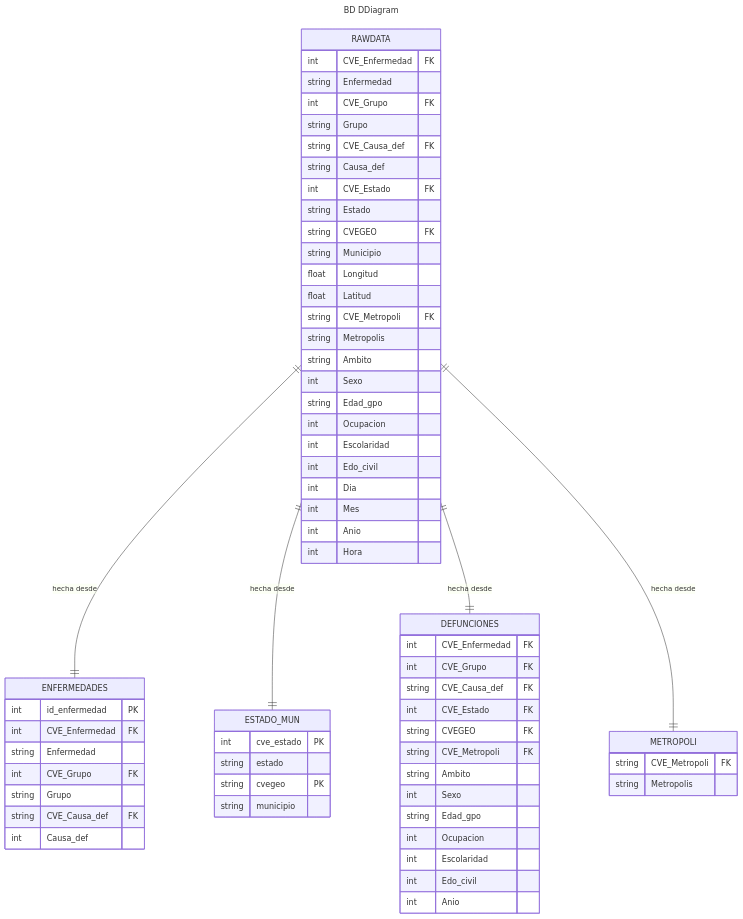
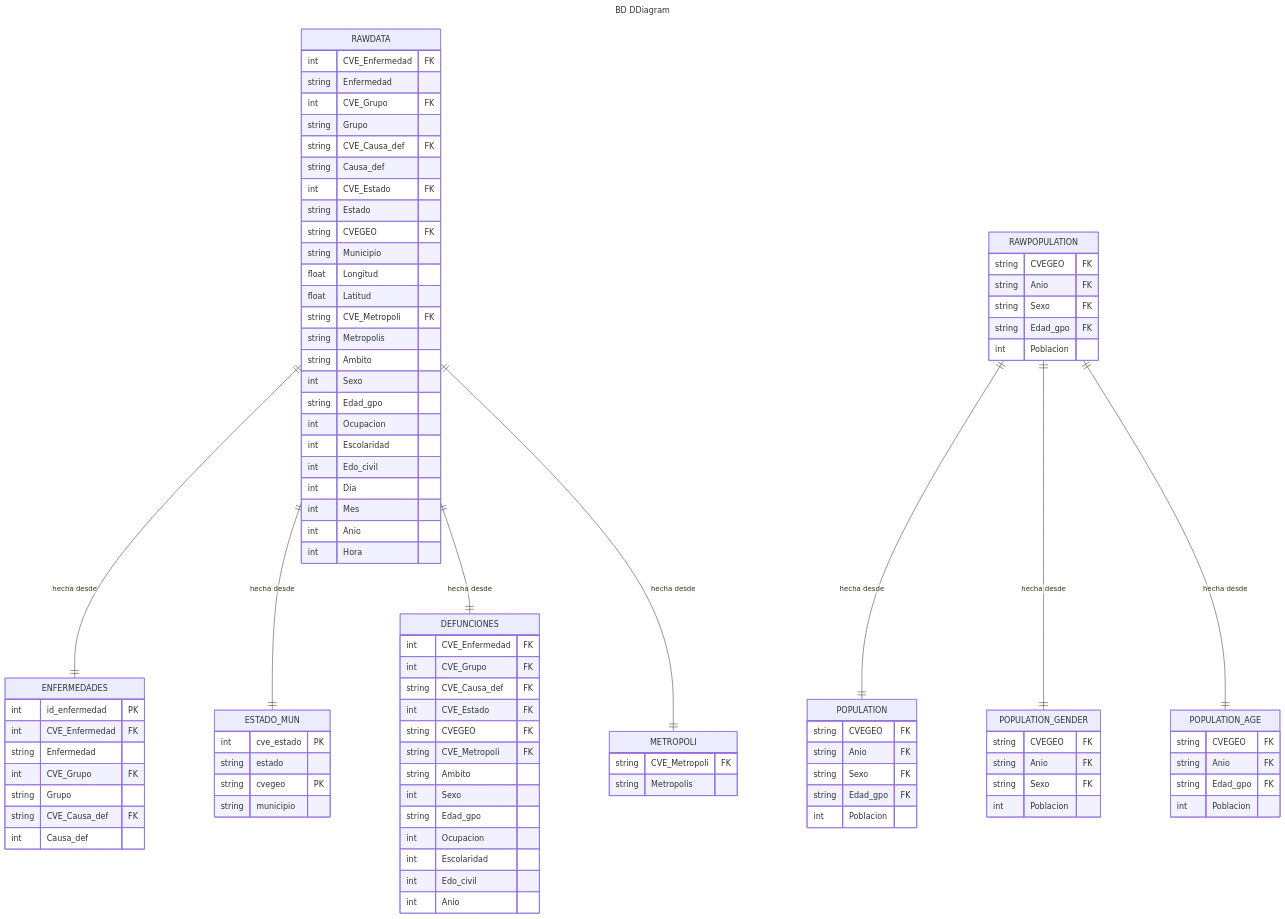
The diagram in README.md (chilam-lab/epispecies_back-2.0), drawn with Mermaid before and after one commit.

Commit message:
Update README.md with POPULATION tables

````diff
--- a/README.md
+++ b/README.md
@@ -90,4 +90,39 @@
 RAWDATA ||--|| DEFUNCIONES: "hecha desde"
 RAWDATA ||--|| METROPOLI: "hecha desde"
 
+RAWPOPULATION {
+    string CVEGEO FK
+    string Anio FK
+    string Sexo FK
+    string Edad_gpo FK
+    int Poblacion 
+}
+
+POPULATION {
+    string CVEGEO FK
+    string Anio FK
+    string Sexo FK
+    string Edad_gpo FK
+    int Poblacion 
+}
+
+POPULATION_AGE {
+    string CVEGEO FK
+    string Anio FK
+    string Edad_gpo FK
+    int Poblacion 
+}
+
+POPULATION_GENDER {
+    string CVEGEO FK
+    string Anio FK
+    string Sexo FK
+    int Poblacion 
+}
+
+
+RAWPOPULATION ||--|| POPULATION: "hecha desde"
+RAWPOPULATION ||--|| POPULATION_GENDER: "hecha desde"
+RAWPOPULATION ||--|| POPULATION_AGE: "hecha desde"
+
 ```
````
